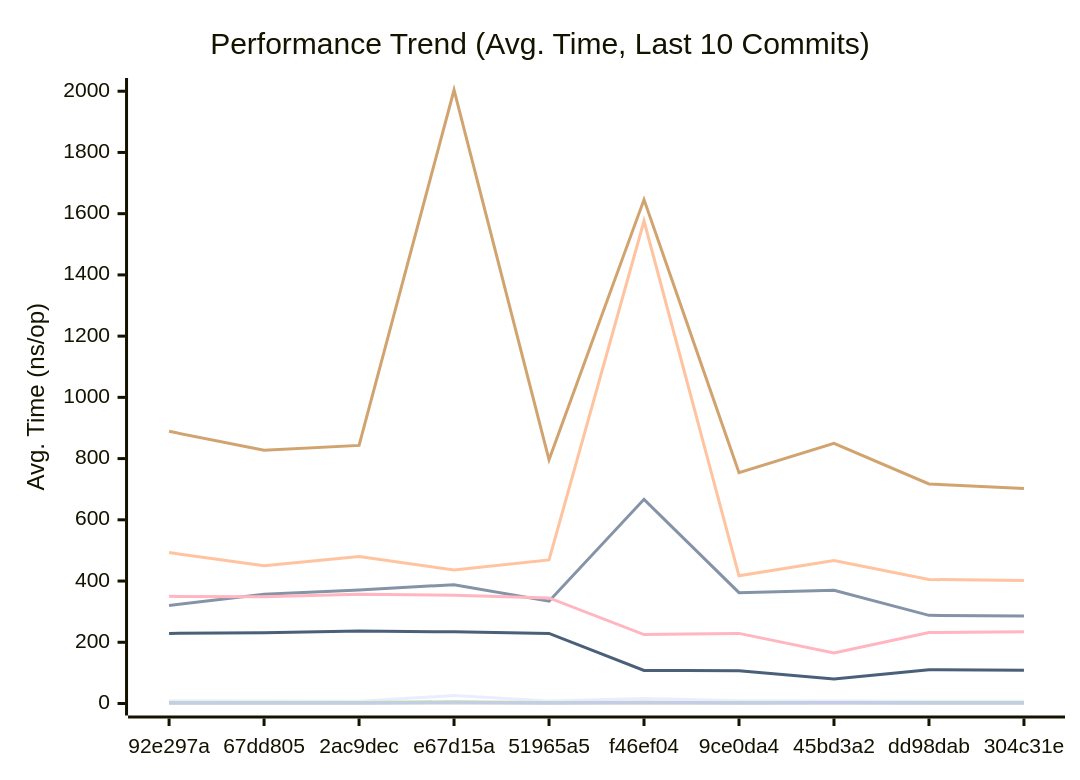
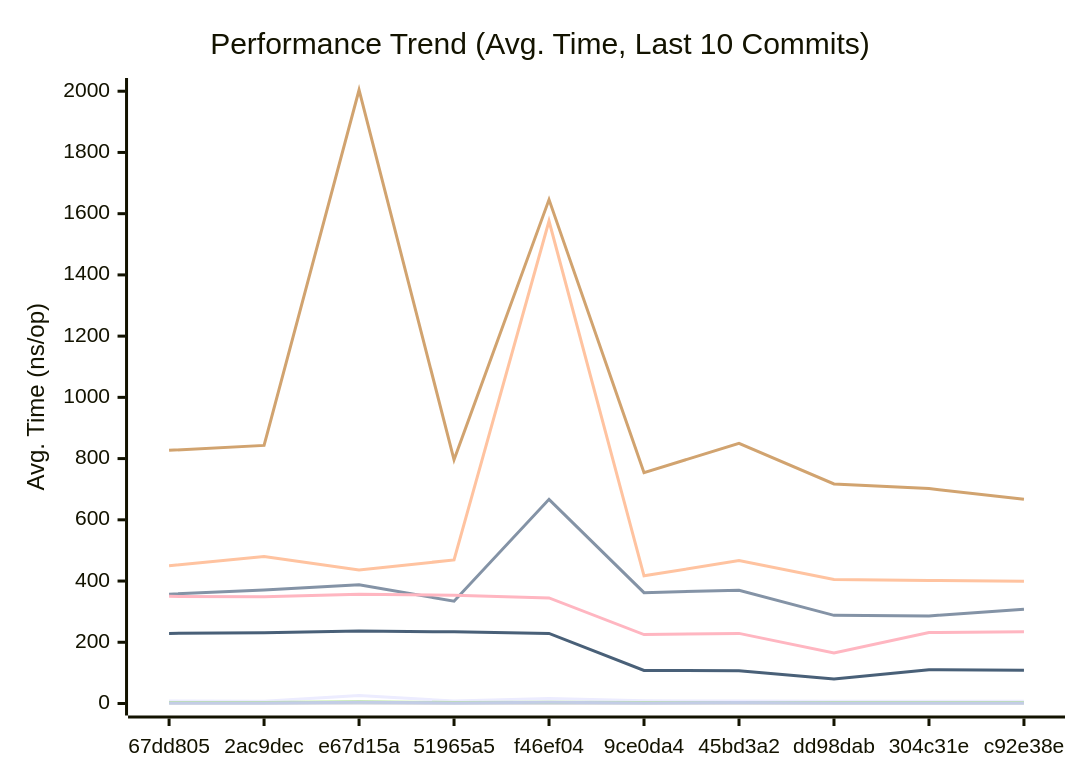
The first of 3 diagrams in docs/PERFORMANCE.md (alsotoes/momo), drawn with Mermaid before and after one commit. The commit also changed other lines of this file and 2 other files, not shown here.

````diff
--- a/docs/PERFORMANCE.md
+++ b/docs/PERFORMANCE.md
@@ -80,16 +80,16 @@
 ```mermaid
 xychart-beta
     title "Performance Trend (Avg. Time, Last 10 Commits)"
     x-axis "Commit"
     y-axis "Avg. Time (ns/op)"
-    x-axis [92e297a,67dd805,2ac9dec,e67d15a,51965a5,f46ef04,9ce0da4,45bd3a2,dd98dab,304c31e]
-    line "CheckMetricsAndSwap" [9,8,7,26,8,16,9,8,7,7]
-    line "CrushOptimized" [320,357,371,388,334,667,362,370,288,286]
-    line "CrushOriginal" [493,450,480,436,469,1576,417,467,405,402]
-    line "IndexDirectTracking" [0,0,0,1,0,0,0,0,0,0]
-    line "IndexSearch" [3,3,3,6,3,4,3,3,3,3]
-    line "LoadGlobalConfig" [889,827,843,2004,796,1646,754,850,717,702]
-    line "PadString" [2,2,2,4,2,4,2,3,2,2]
+    x-axis [67dd805,2ac9dec,e67d15a,51965a5,f46ef04,9ce0da4,45bd3a2,dd98dab,304c31e,c92e38e]
+    line "CheckMetricsAndSwap" [8,7,26,8,16,9,8,7,7,7]
+    line "CrushOptimized" [357,371,388,334,667,362,370,288,286,308]
+    line "CrushOriginal" [450,480,436,469,1576,417,467,405,402,399]
+    line "IndexDirectTracking" [0,0,1,0,0,0,0,0,0,0]
+    line "IndexSearch" [3,3,6,3,4,3,3,3,3,3]
+    line "LoadGlobalConfig" [827,843,2004,796,1646,754,850,717,702,667]
+    line "PadString" [2,2,4,2,4,2,3,2,2,2]
     line "ParseReplicationOrder_NoPrealloc" [350,349,357,354,345,225,229,165,232,234]
     line "ParseReplicationOrder_Prealloc" [229,231,237,234,229,108,107,80,110,109]
 ```
````
